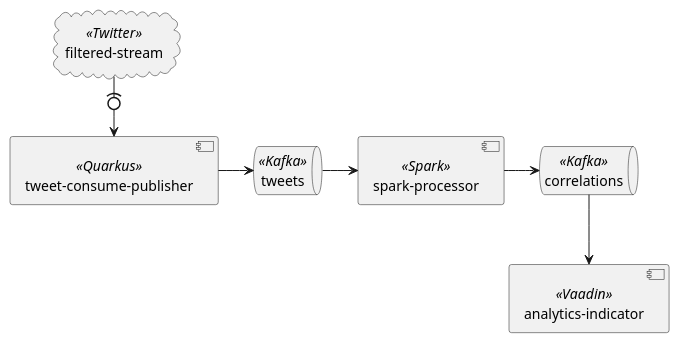
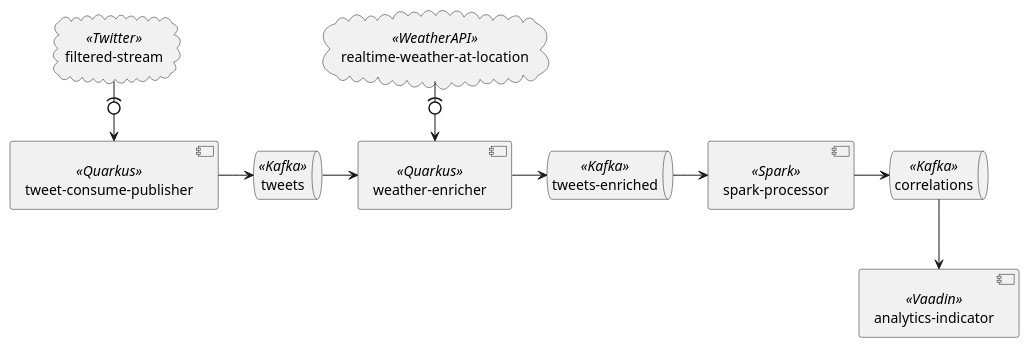
The diagram in architecture.puml (felix-seifert/social-weather-streamer), drawn with PlantUML before and after one commit. The commit also changed 1 other file, not shown here.

Commit message:
Update architecture to include separate service for weather data

```diff
--- a/architecture.puml
+++ b/architecture.puml
@@ -1,20 +1,27 @@
 @startuml
 
 cloud "filtered-stream"<<Twitter>>
+cloud "realtime-weather-at-location"<<WeatherAPI>>
 
 queue tweets<<Kafka>>
+queue "tweets-enriched"<<Kafka>>
 queue correlations<<Kafka>>
 
 component "tweet-consume-publisher"<<Quarkus>>
+component "weather-enricher"<<Quarkus>>
 component "spark-processor"<<Spark>>
 component "analytics-indicator"<<Vaadin>>
 
 [filtered-stream] -(0-> [tweet-consume-publisher]
 [tweet-consume-publisher] -right-> [tweets]
 
-[tweets] -right-> [spark-processor]
+[tweets] -right-> [weather-enricher]
+[realtime-weather-at-location] -(0-> [weather-enricher]
+[weather-enricher] -right-> [tweets-enriched]
+
+[tweets-enriched] -right-> [spark-processor]
 [spark-processor] -right-> [correlations]
 
 [correlations] --> [analytics-indicator]
 
 @enduml
```
